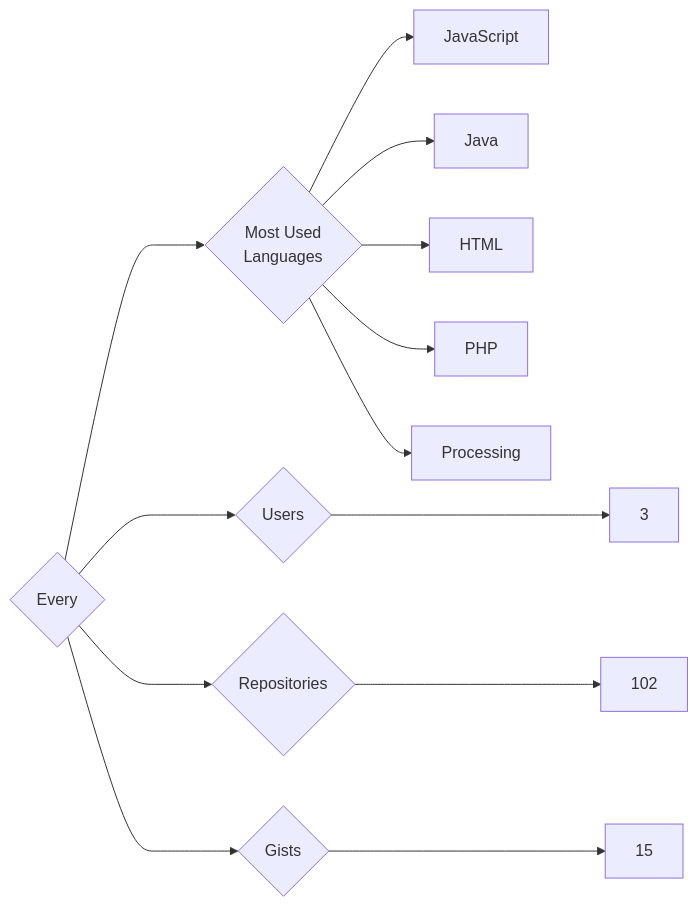
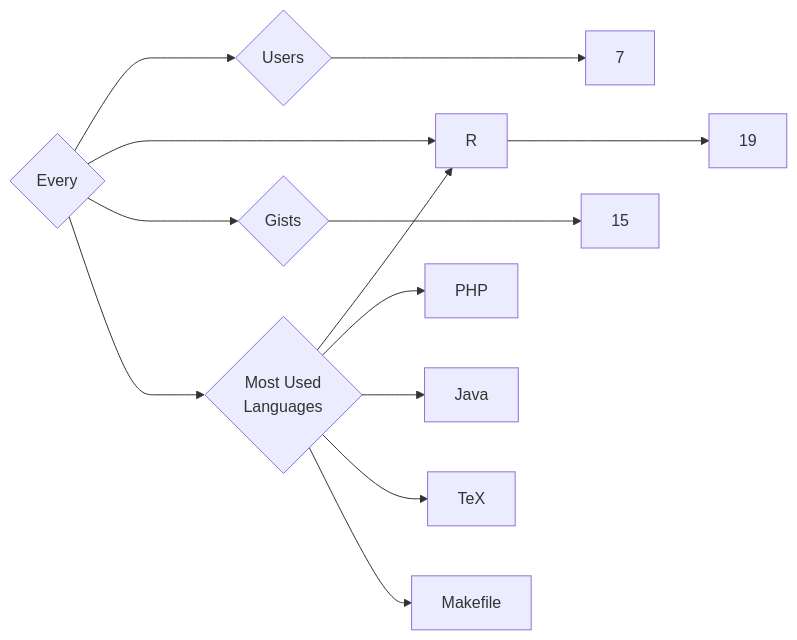
One commit to trickest/insiders changed the diagram in targets/Every/README.md. Above: the diagram before and after it, drawn with Mermaid. The commit also changed 773 other files, not shown here.

````diff
--- a/targets/Every/README.md
+++ b/targets/Every/README.md
@@ -3,13 +3,13 @@
 ```mermaid
 graph LR
 COMPANY_NAME{Every}
-COMPANY_NAME ---> U{Users} ---> UN[3]
-COMPANY_NAME ---> R{Repositories} ---> RN[102]
+COMPANY_NAME ---> U{Users} ---> UN[7]
+COMPANY_NAME ---> R{Repositories} ---> RN[19]
 COMPANY_NAME ---> G{Gists} ---> GN[15]
 COMPANY_NAME ---> ML{Most Used<br>Languages}
-ML --> JavaScript[JavaScript]
+ML --> R[R]
+ML --> PHP[PHP]
 ML --> Java[Java]
-ML --> HTML[HTML]
-ML --> PHP[PHP]
-ML --> Processing[Processing]
+ML --> TeX[TeX]
+ML --> Makefile[Makefile]
 ```
````
